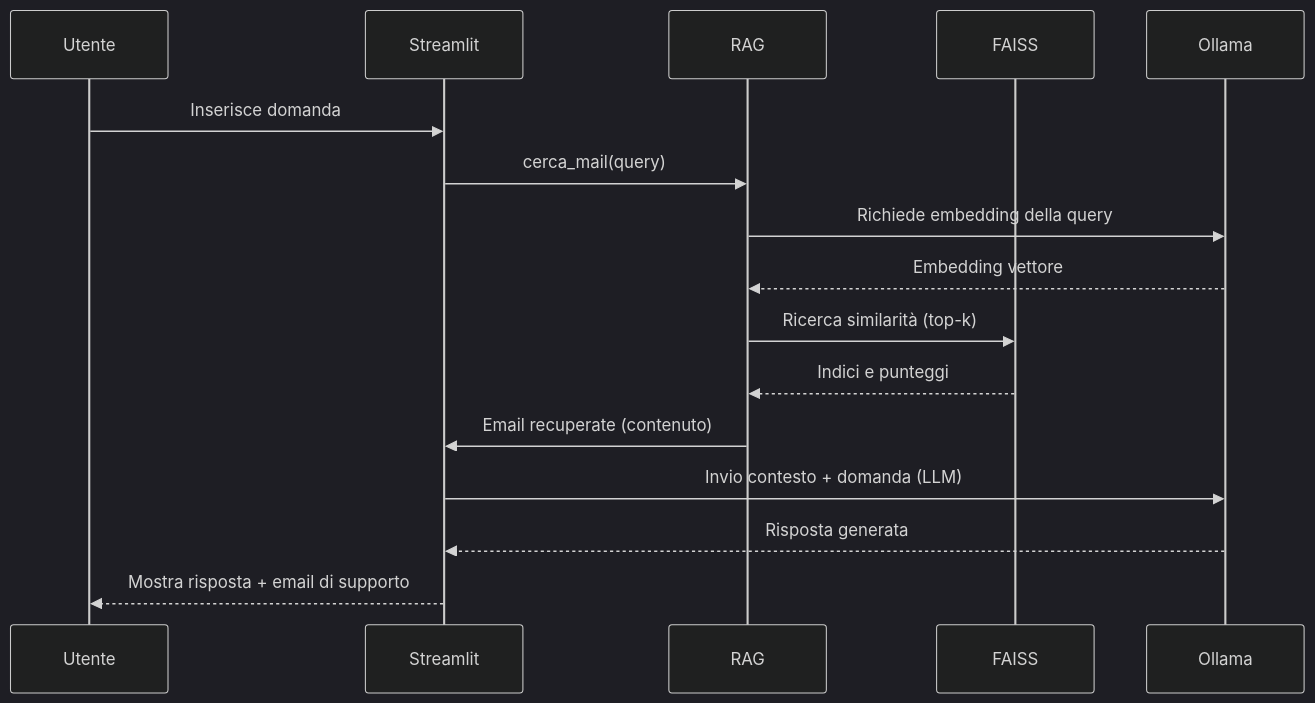
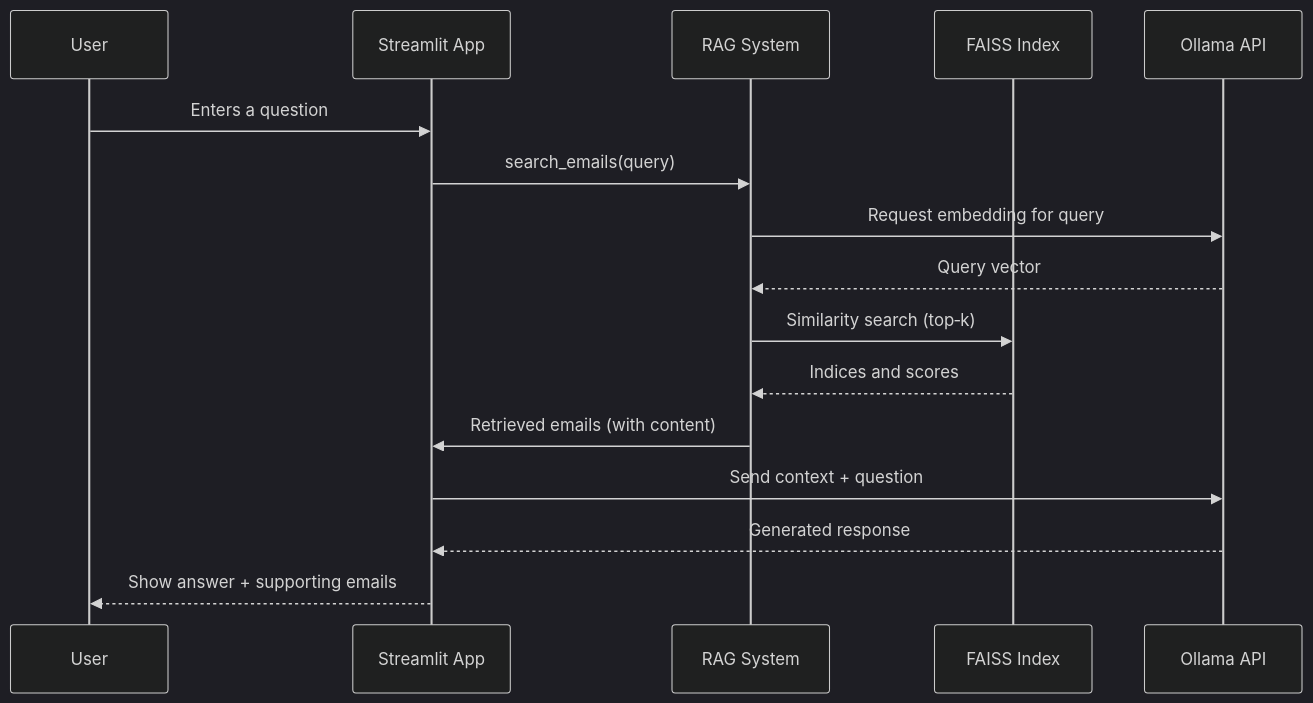
One commit to MattiaLupinetti02/local_RAG changed the third of 3 diagrams in README.md. Above: the diagram before and after it, drawn with Mermaid (dark theme). The commit also changed other lines of this file, not shown here.

````diff
--- a/README.md
+++ b/README.md
@@ -52,19 +105,19 @@
 ```mermaid
 sequenceDiagram
-    participant Utente
-    participant Streamlit
-    participant RAG
-    participant FAISS
-    participant Ollama
+    participant User
+    participant Streamlit as Streamlit App
+    participant RAG as RAG System
+    participant FAISS as FAISS Index
+    participant Ollama as Ollama API
 
-    Utente->>Streamlit: Inserisce domanda
-    Streamlit->>RAG: cerca_mail(query)
-    RAG->>Ollama: Richiede embedding della query
-    Ollama-->>RAG: Embedding vettore
-    RAG->>FAISS: Ricerca similarità (top-k)
-    FAISS-->>RAG: Indici e punteggi
-    RAG->>Streamlit: Email recuperate (contenuto)
-    Streamlit->>Ollama: Invio contesto + domanda (LLM)
-    Ollama-->>Streamlit: Risposta generata
-    Streamlit-->>Utente: Mostra risposta + email di supporto
+    User->>Streamlit: Enters a question
+    Streamlit->>RAG: search_emails(query)
+    RAG->>Ollama: Request embedding for query
+    Ollama-->>RAG: Query vector
+    RAG->>FAISS: Similarity search (top‑k)
+    FAISS-->>RAG: Indices and scores
+    RAG->>Streamlit: Retrieved emails (with content)
+    Streamlit->>Ollama: Send context + question
+    Ollama-->>Streamlit: Generated response
+    Streamlit-->>User: Show answer + supporting emails
 ```
````
